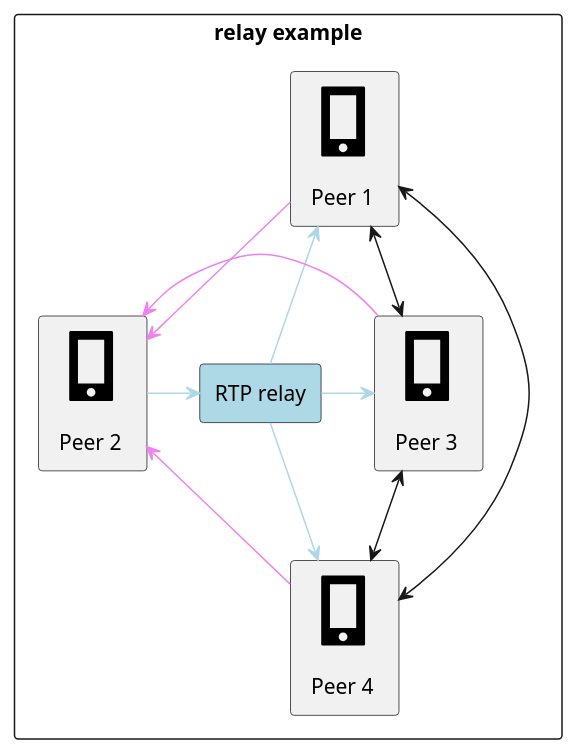
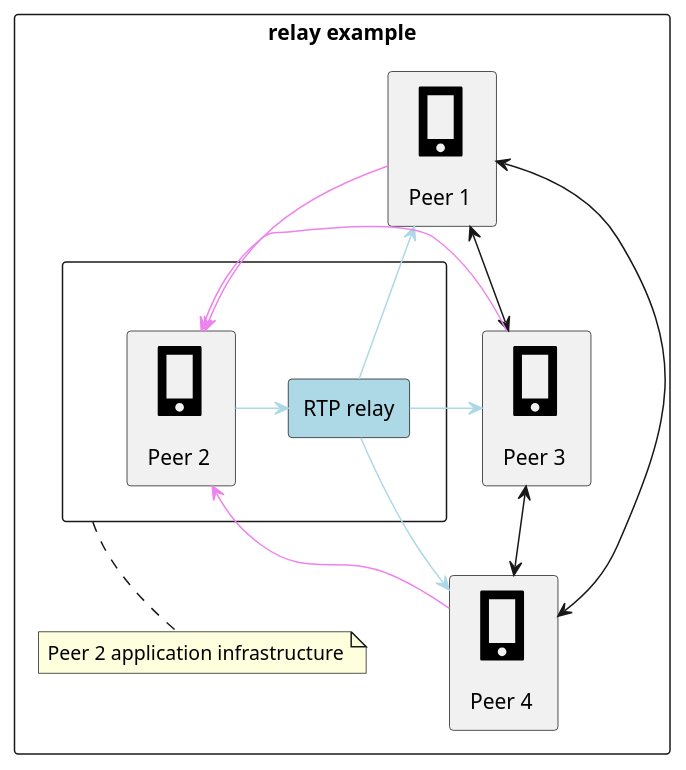
Before and after one commit to esl/MongooseIM: the second of 6 diagrams in doc/tutorials/jingle.md, drawn with PlantUML. The commit also changed other lines of this file, not shown here.

Commit message:
minor updates to diagrams at jingle.md tutorial

````diff
--- a/doc/tutorials/jingle.md
+++ b/doc/tutorials/jingle.md
@@ -86,24 +84,26 @@
 ```puml
 @startuml
 rectangle "relay example" {
+  rectangle " <&phone*5>\n Peer 1" as p1
+  rectangle " " as p2i {
+    rectangle " <&phone*5>\n Peer 2" as p2
+    rectangle "RTP relay" as r1 #lightblue
+  }
+  rectangle " <&phone*5>\n Peer 3" as p3
+  rectangle " <&phone*5>\n Peer 4" as p4
 
-rectangle " <&phone*5>\n Peer 1" as p1
-rectangle " <&phone*5>\n Peer 2" as p2
-rectangle " <&phone*5>\n Peer 3" as p3
-rectangle " <&phone*5>\n Peer 4" as p4
-rectangle "RTP relay" as r1 #lightblue
+  note bottom of p2i: Peer 2 application infrastructure
 
-p1 -down-> p2 #violet
-p1 <-down-> p3
-p1 <-down-> p4
-p2 -right-> r1 #lightblue
-r1 -up-> p1 #lightblue
-r1 -right-> p3 #lightblue
-r1 -down-> p4 #lightblue
-p3 -right-> p2 #violet
-p3 <-down-> p4
-p4 -up-> p2 #violet
-
+  p1 -down-> p2 #violet
+  p1 <-down-> p3
+  p1 <-down-> p4
+  p2 -right-> r1 #lightblue
+  r1 -up-> p1 #lightblue
+  r1 -right-> p3 #lightblue
+  r1 -down-> p4 #lightblue
+  p3 -right-> p2 #violet
+  p3 <-down-> p4
+  p4 -up-> p2 #violet
 }
 @enduml
 ```
````
